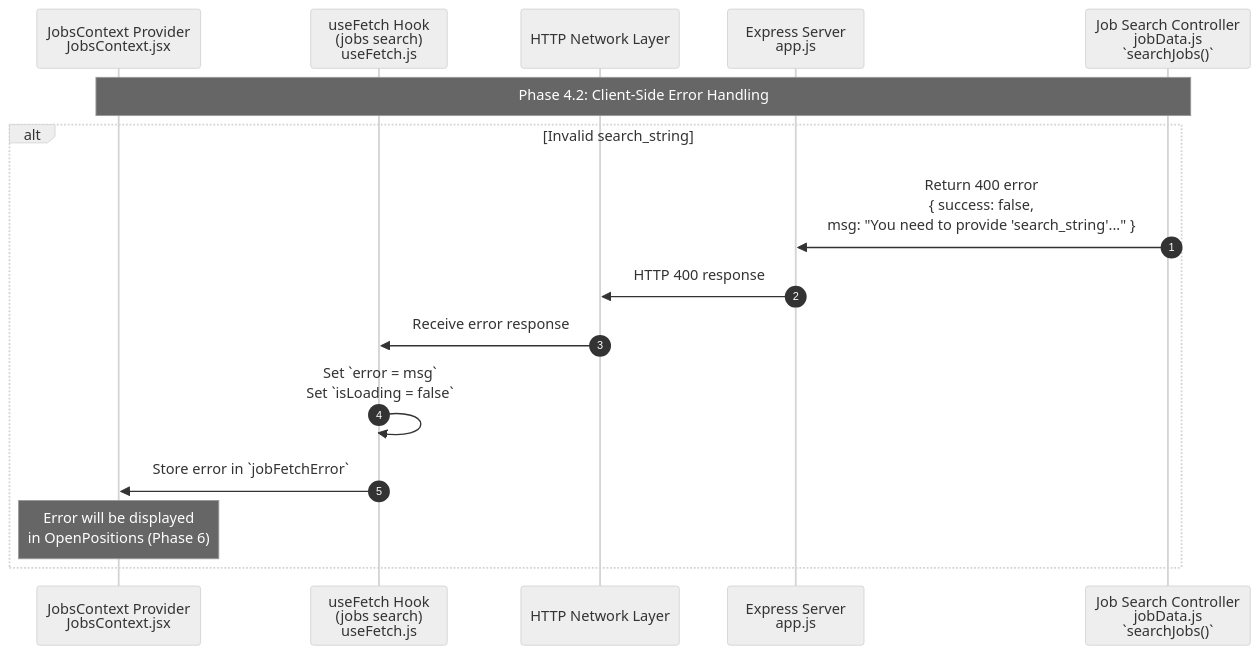
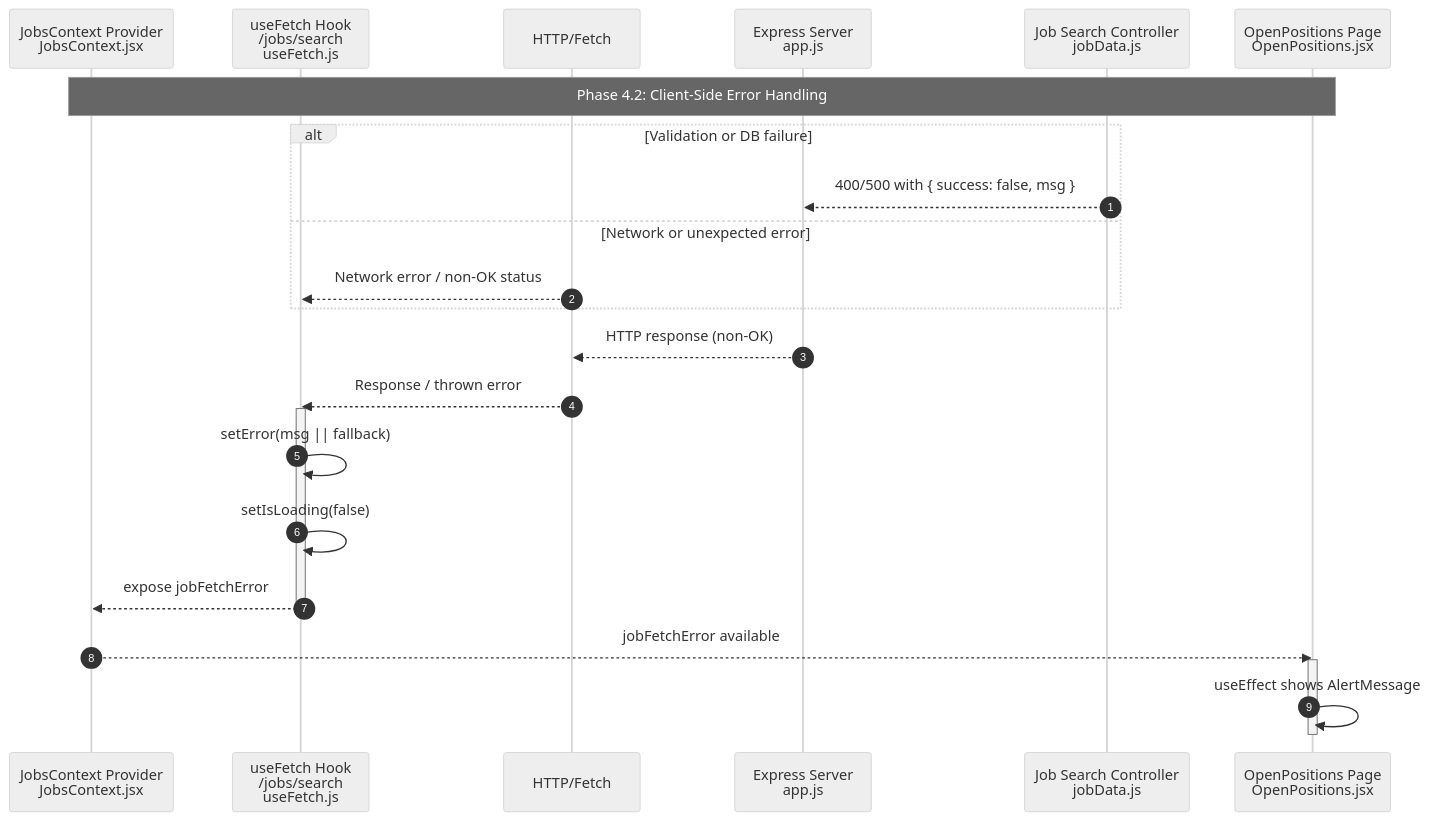
Before and after one commit to YahyaAl-Ademi/2025.10.23-JobCompass: the diagram in documentation/jobFetch/4.2.Client-Side Error Handling.md, drawn with Mermaid (neutral theme). The commit also changed 14 other files, not shown here.

Commit message:
Refactor job fetch documentation: Update background scraper fetch, database caching, travel details, and response delivery processes; enhance flowchart for clarity and accuracy.

````diff
--- a/documentation/jobFetch/4.2.Client-Side Error Handling.md
+++ b/documentation/jobFetch/4.2.Client-Side Error Handling.md
@@ -7,27 +7,38 @@
 ```mermaid
 sequenceDiagram
     autonumber
     %% File paths:
     %% JobsContext: client/src/context/JobsContext.jsx
     %% useFetch: client/src/hooks/useFetch.js
     %% ExpressApp: server/src/app.js
     %% JobController: server/src/controllers/jobData.js
+    %% OpenPositions: client/src/pages/openPositions/OpenPositions.jsx
     participant JobsContext as JobsContext Provider<br/>JobsContext.jsx
-    participant useFetch_1 as useFetch Hook<br/>(jobs search)<br/>useFetch.js
-    participant FrontendNetwork as HTTP Network Layer
+    participant useFetch_1 as useFetch Hook<br/>/jobs/search<br/>useFetch.js
+    participant FrontendNetwork as HTTP/Fetch
     participant ExpressApp as Express Server<br/>app.js
-    participant JobController as Job Search Controller<br/>jobData.js<br/>`searchJobs()`
+    participant JobController as Job Search Controller<br/>jobData.js
+    participant OpenPositions as OpenPositions Page<br/>OpenPositions.jsx
 
-    Note over JobsContext,JobController: Phase 4.2: Client-Side Error Handling
+    Note over JobsContext,OpenPositions: Phase 4.2: Client-Side Error Handling
     activate JobController
 
-    alt Invalid search_string
-        JobController->>ExpressApp: Return 400 error<br/>{ success: false,<br/>  msg: "You need to provide 'search_string'..." }
-        ExpressApp->>FrontendNetwork: HTTP 400 response
-        FrontendNetwork->>useFetch_1: Receive error response
-        useFetch_1->>useFetch_1: Set `error = msg`<br/>Set `isLoading = false`
-        useFetch_1->>JobsContext: Store error in `jobFetchError`
+    alt Validation or DB failure
+        JobController-->>ExpressApp: 400/500 with { success: false, msg }
+    else Network or unexpected error
+        FrontendNetwork-->>useFetch_1: Network error / non-OK status
+    end
 
-        Note over JobsContext: Error will be displayed<br/>in OpenPositions (Phase 6)
-    end
+    ExpressApp-->>FrontendNetwork: HTTP response (non-OK)
+    FrontendNetwork-->>useFetch_1: Response / thrown error
+    activate useFetch_1
+    useFetch_1->>useFetch_1: setError(msg || fallback)
+    useFetch_1->>useFetch_1: setIsLoading(false)
+    useFetch_1-->>JobsContext: expose jobFetchError
+    deactivate useFetch_1
+
+    JobsContext-->>OpenPositions: jobFetchError available
+    activate OpenPositions
+    OpenPositions->>OpenPositions: useEffect shows AlertMessage
+    deactivate OpenPositions
 ```
````
